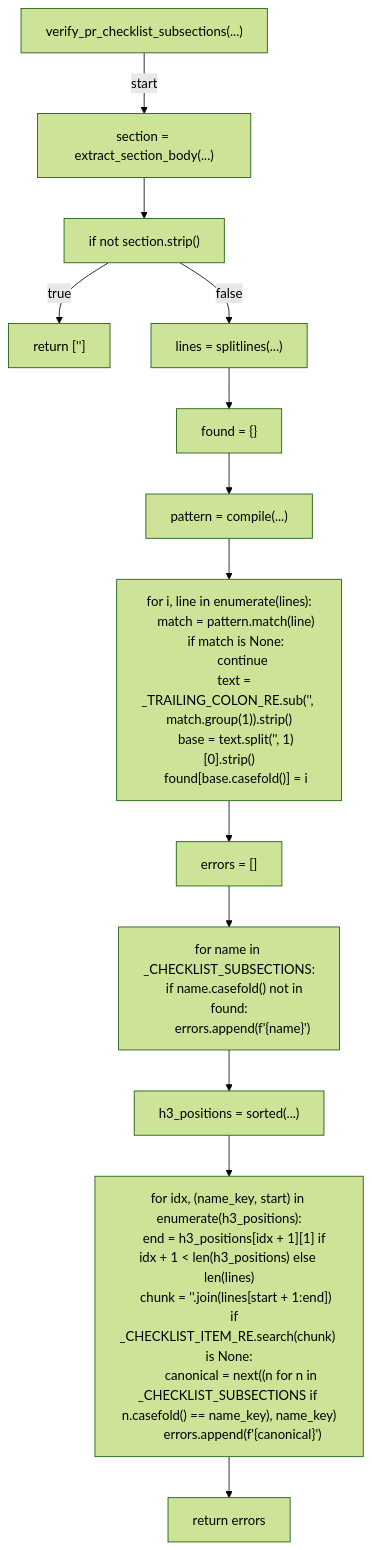
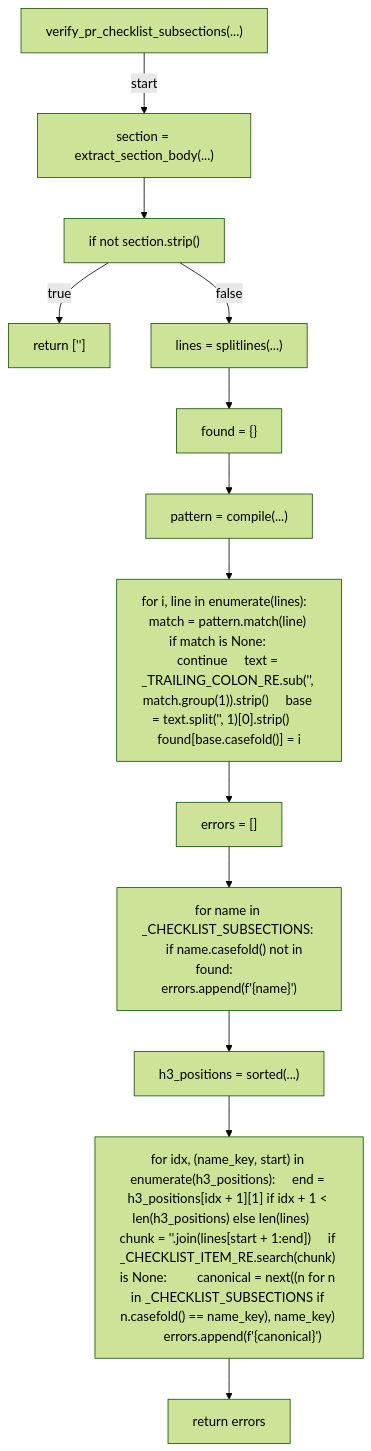
One commit to tvna/claude-md changed the ninth of 25 diagrams in docs/generated/scripts/ast/body_policy.md. Above: the diagram before and after it, drawn with Mermaid (forest theme). The commit also changed other lines of this file and 20 other files, not shown here.

First line of the commit message:
docs(generated): regenerate decision tree and workflow diagrams (batch 1/5)

````diff
--- a/docs/generated/scripts/ast/body_policy.md
+++ b/docs/generated/scripts/ast/body_policy.md
@@ -198,41 +150,28 @@
 ```mermaid
 flowchart TD
     N001["verify_pr_checklist_subsections(...)"]
     N002["section = extract_section_body(...)"]
     N003["if not section.strip()"]
     N004["return ['<str>']"]
     N005["lines = splitlines(...)"]
     N006["found = {}"]
     N007["pattern = compile(...)"]
-    N008["for i, line in enumerate(lines):
-    match = pattern.match(line)
-    if match is None:
-        continue
-    text = _TRAILING_COLON_RE.sub('<str>', match.group(1)).strip()
-    base = text.split('<str>', 1)[0].strip()
-    found[base.casefold()] = i"]
+    N008["for i, line in enumerate(lines):     match = pattern.match(line)     if match is None:         continue     text = _TRAILING_COLON_RE.sub('<str>', match.group(1)).strip()     base = text.split('<str>', 1)[0].strip()     found[base.casefold()] = i"]
     N009["errors = []"]
-    N010["for name in _CHECKLIST_SUBSECTIONS:
-    if name.casefold() not in found:
-        errors.append(f'<str>{name}<str>')"]
+    N010["for name in _CHECKLIST_SUBSECTIONS:     if name.casefold() not in found:         errors.append(f'<str>{name}<str>')"]
     N011["h3_positions = sorted(...)"]
-    N012["for idx, (name_key, start) in enumerate(h3_positions):
-    end = h3_positions[idx + 1][1] if idx + 1 < len(h3_positions) else len(lines)
-    chunk = '<str>'.join(lines[start + 1:end])
-    if _CHECKLIST_ITEM_RE.search(chunk) is None:
-        canonical = next((n for n in _CHECKLIST_SUBSECTIONS if n.casefold() == name_key), name_key)
-        errors.append(f'<str>{canonical}<str>')"]
+    N012["for idx, (name_key, start) in enumerate(h3_positions):     end = h3_positions[idx + 1][1] if idx + 1 < len(h3_positions) else len(lines)     chunk = '<str>'.join(lines[start + 1:end])     if _CHECKLIST_ITEM_RE.search(chunk) is None:         canonical = next((n for n in _CHECKLIST_SUBSECTIONS if n.casefold() == name_key), name_key)         errors.append(f'<str>{canonical}<str>')"]
     N013["return errors"]
     N001 -->|"start"| N002
     N002 --> N003
     N003 -->|"true"| N004
     N003 -->|"false"| N005
     N005 --> N006
     N006 --> N007
     N007 --> N008
     N008 --> N009
     N009 --> N010
     N010 --> N011
     N011 --> N012
     N012 --> N013
 ```
````
